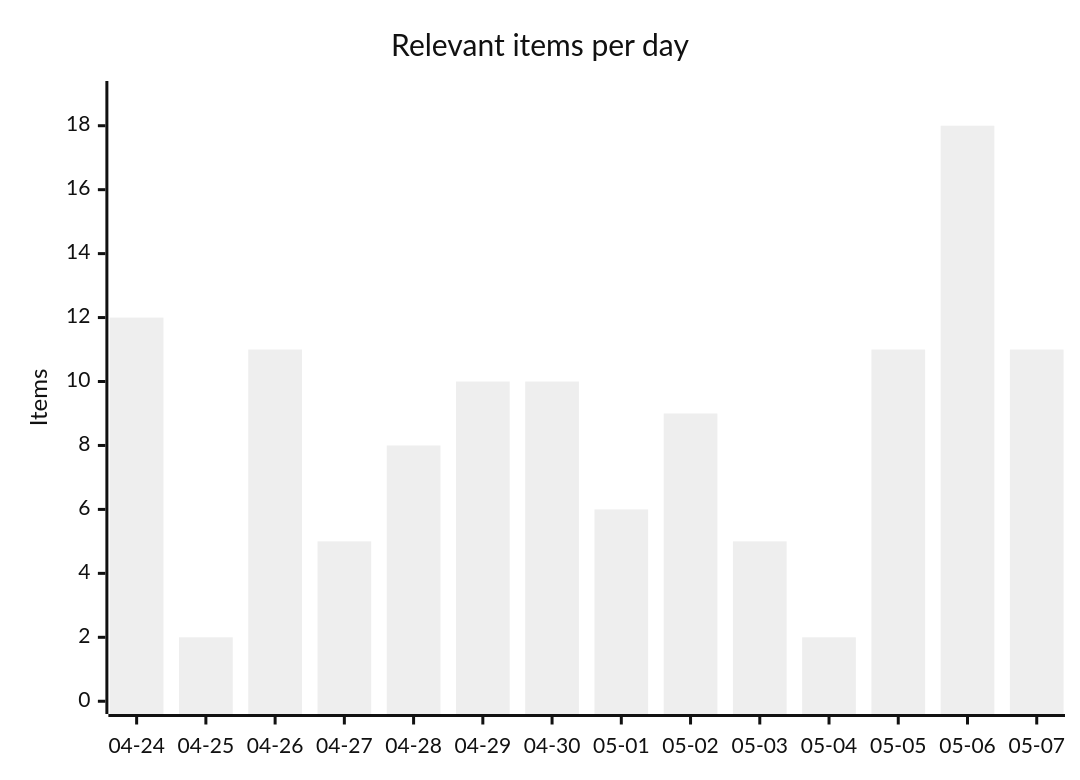
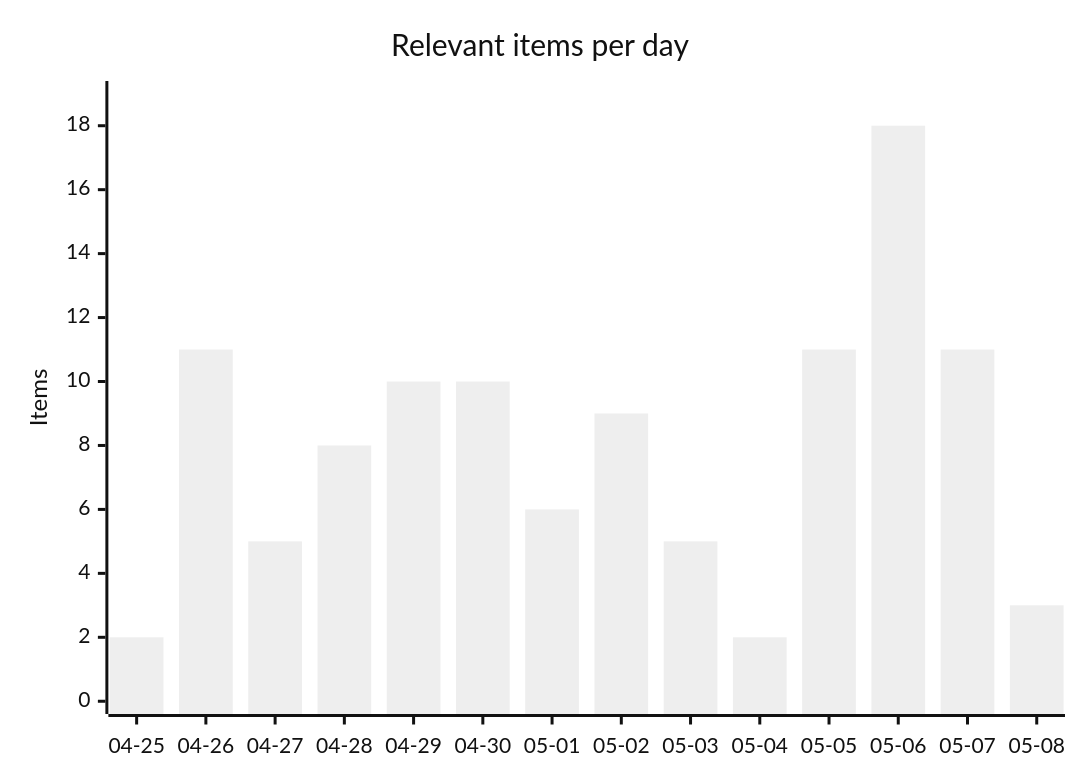
Before and after one commit to martinbalfanz/social-scanner-reports: the first of 4 diagrams in README.md, drawn with Mermaid (neutral theme). The commit also changed other lines of this file and 2 other files, not shown here.

````diff
--- a/README.md
+++ b/README.md
@@ -30,7 +30,7 @@
 ```mermaid
 xychart-beta
     title "Relevant items per day"
-    x-axis ["04-24", "04-25", "04-26", "04-27", "04-28", "04-29", "04-30", "05-01", "05-02", "05-03", "05-04", "05-05", "05-06", "05-07"]
+    x-axis ["04-25", "04-26", "04-27", "04-28", "04-29", "04-30", "05-01", "05-02", "05-03", "05-04", "05-05", "05-06", "05-07", "05-08"]
     y-axis "Items" 0 --> 19
-    bar [12, 2, 11, 5, 8, 10, 10, 6, 9, 5, 2, 11, 18, 11]
+    bar [2, 11, 5, 8, 10, 10, 6, 9, 5, 2, 11, 18, 11, 3]
 ```
````
